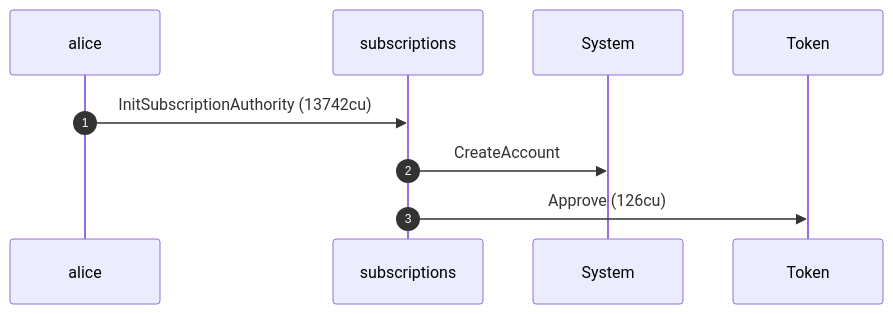
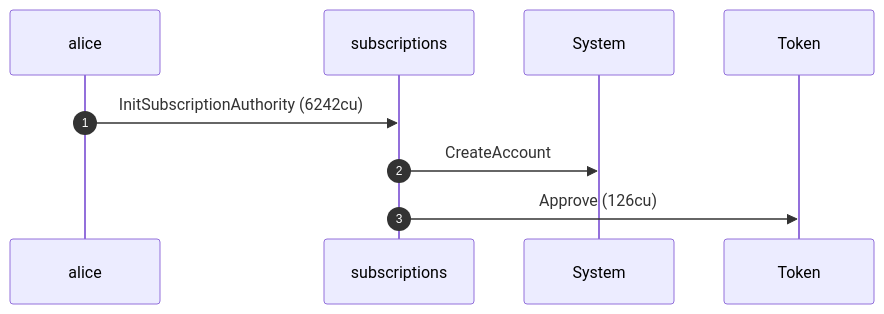
One commit to cds-rs/subscriptions changed the first of 4 diagrams in dsl_tests/sentinel-start-rejects-an-already-elapsed-expiry.md. Above: the diagram before and after it, drawn with Mermaid. The commit also changed other lines of this file and 224 other files, not shown here.

````diff
--- a/dsl_tests/sentinel-start-rejects-an-already-elapsed-expiry.md
+++ b/dsl_tests/sentinel-start-rejects-an-already-elapsed-expiry.md
@@ -24,11 +25,11 @@
 ```mermaid
 sequenceDiagram
     autonumber
     participant alice
     participant subscriptions
     participant System
     participant Token
-    alice ->> subscriptions: InitSubscriptionAuthority (13742cu)
+    alice ->> subscriptions: InitSubscriptionAuthority (6242cu)
     subscriptions ->> System: CreateAccount
     subscriptions ->> Token: Approve (126cu)
 ```
````
